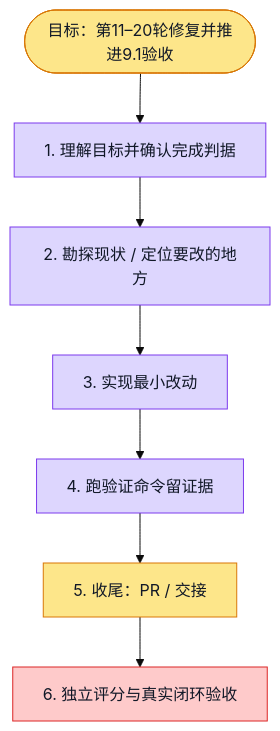
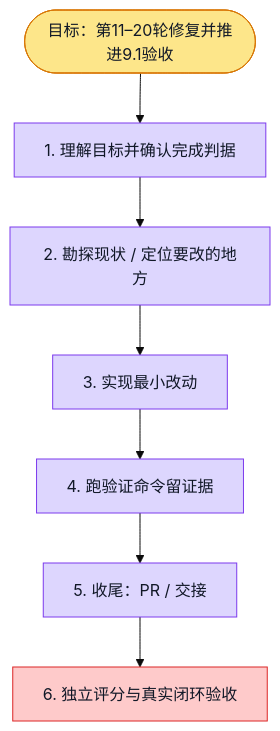
The diagram in evidence/uiux-rounds-11-20-2026-09-30/execution-plan.md (boardx/workspacex), drawn with Mermaid (base theme) before and after one commit. The commit also changed 2 other files, not shown here.

Commit message:
docs(uiux): link PR and preserve explicit acceptance boundaries

````diff
--- a/evidence/uiux-rounds-11-20-2026-09-30/execution-plan.md
+++ b/evidence/uiux-rounds-11-20-2026-09-30/execution-plan.md
@@ -17,31 +17,32 @@
 ```mermaid
 flowchart TD
   G([目标：第11–20轮修复并推进9.1验收])
   S1[1. 理解目标并确认完成判据]
   S2[2. 勘探现状 / 定位要改的地方]
   S3[3. 实现最小改动]
   S4[4. 跑验证命令留证据]
   S5[5. 收尾：PR / 交接]
   S6[6. 独立评分与真实闭环验收]
 
   G --> S1 --> S2 --> S3 --> S4 --> S5 --> S6
 
   classDef todo fill:#e5e7eb,stroke:#6b7280,color:#111827
   classDef doing fill:#fde68a,stroke:#d97706,color:#111827
   classDef done fill:#bbf7d0,stroke:#16a34a,color:#111827
   classDef tested fill:#ddd6fe,stroke:#7c3aed,color:#111827
   classDef blocked fill:#fecaca,stroke:#dc2626,color:#111827
 
   class G doing
   class S1 tested
   %% evidence S1: report.md；screenshots/；424条受影响测试通过
   class S2 tested
   %% evidence S2: report.md；screenshots/；424条受影响测试通过
   class S3 tested
   %% evidence S3: report.md；screenshots/；424条受影响测试通过
   class S4 tested
   %% evidence S4: validation.md：最新main上verify:quick退出0，757文件6363测试通过、5跳过；typecheck/lint绿；真实模型浏览器证据归档
-  class S5 doing
+  class S5 tested
+  %% evidence S5: PR #4796已创建并挂接；证据与交接已入库、local verify:quick绿；CI最终结果以该PR动态检查和评论为准
   class S6 blocked
   %% blocked S6: local env真实模型对话/反馈/研究主题与计划成功；资料研究启动失败、零来源；ASR、GitHub分诊/邮件与最终SHA独立评分仍待验收
 ```
````
